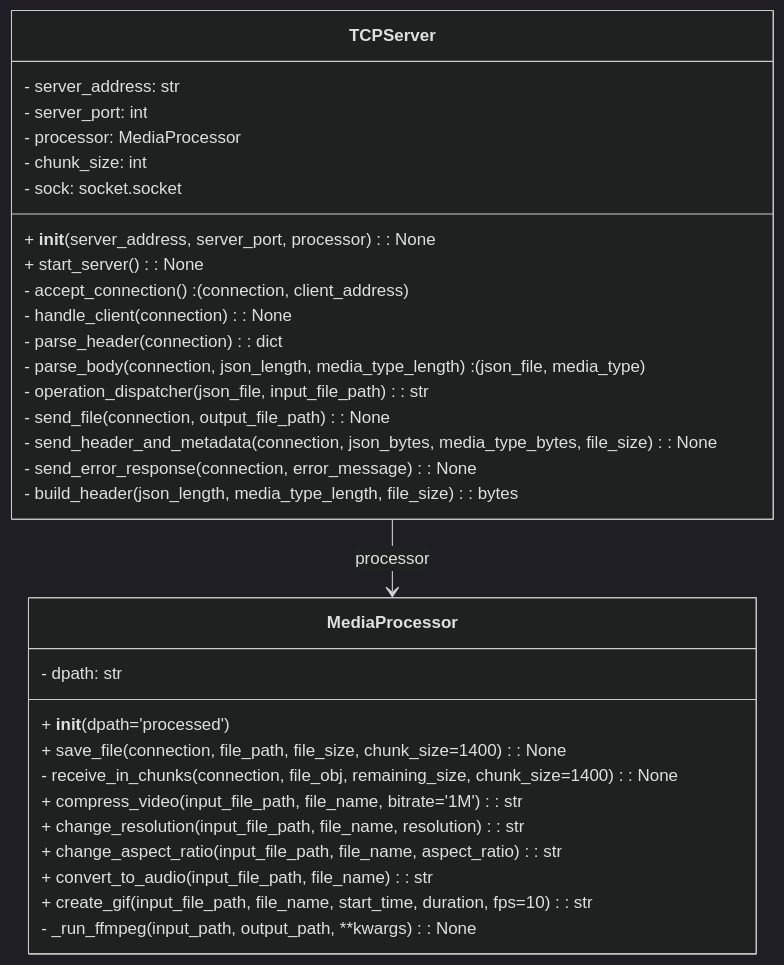
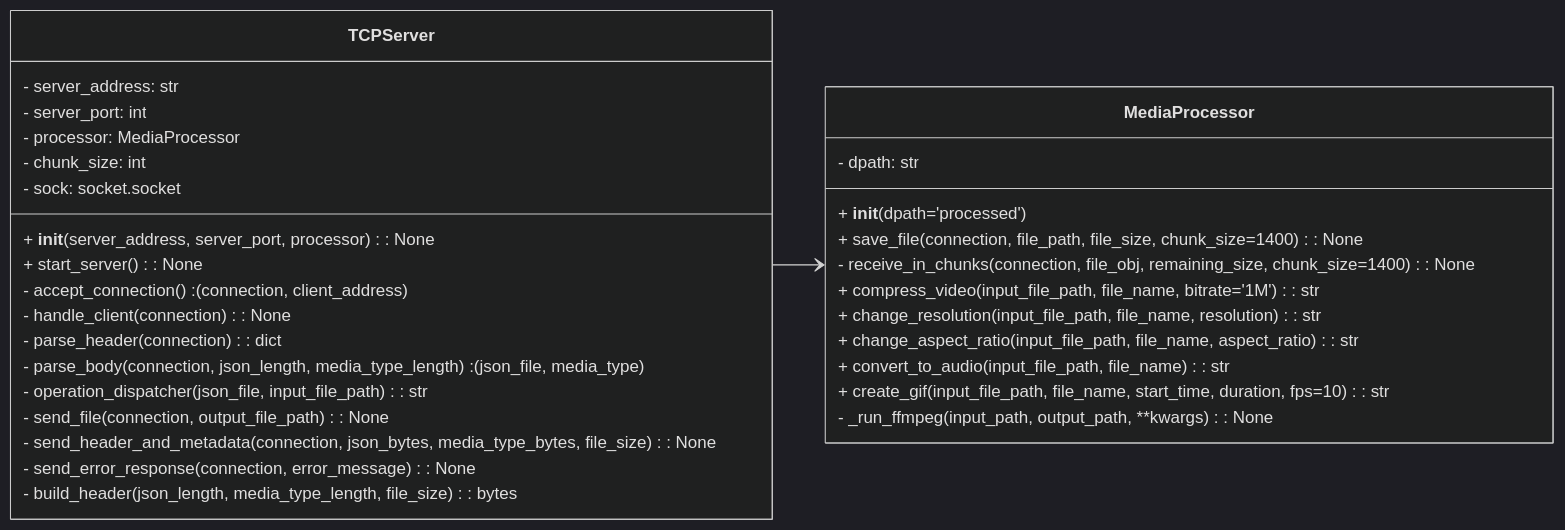
The second of 2 diagrams in README.md (BackendExplorer/Video-Processor), drawn with Mermaid (dark theme) before and after one commit.

````diff
--- a/README.md
+++ b/README.md
@@ -177,36 +177,38 @@
 ```mermaid
 classDiagram
+    direction LR
+
     class MediaProcessor {
         - dpath: str
         + __init__(dpath='processed')
         + save_file(connection, file_path, file_size, chunk_size=1400) : None
         - receive_in_chunks(connection, file_obj, remaining_size, chunk_size=1400) : None
         + compress_video(input_file_path, file_name, bitrate='1M') : str
         + change_resolution(input_file_path, file_name, resolution) : str
         + change_aspect_ratio(input_file_path, file_name, aspect_ratio) : str
         + convert_to_audio(input_file_path, file_name) : str
         + create_gif(input_file_path, file_name, start_time, duration, fps=10) : str
         - _run_ffmpeg(input_path, output_path, **kwargs) : None
     }
 
     class TCPServer {
         - server_address: str
         - server_port: int
         - processor: MediaProcessor
         - chunk_size: int
         - sock: socket.socket
         + __init__(server_address, server_port, processor) : None
         + start_server() : None
         - accept_connection() : (connection, client_address)
         - handle_client(connection) : None
         - parse_header(connection) : dict
         - parse_body(connection, json_length, media_type_length) : (json_file, media_type)
         - operation_dispatcher(json_file, input_file_path) : str
         - send_file(connection, output_file_path) : None
         - send_header_and_metadata(connection, json_bytes, media_type_bytes, file_size) : None
         - send_error_response(connection, error_message) : None
         - build_header(json_length, media_type_length, file_size) : bytes
     }
 
-    TCPServer --> MediaProcessor : processor
+    TCPServer --> MediaProcessor 
 ```
````
